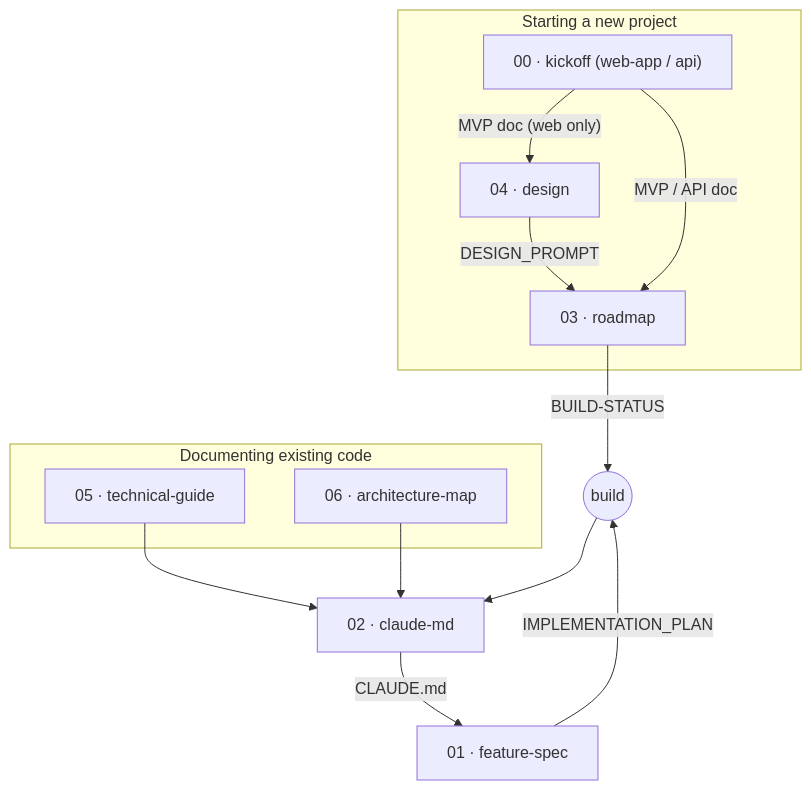
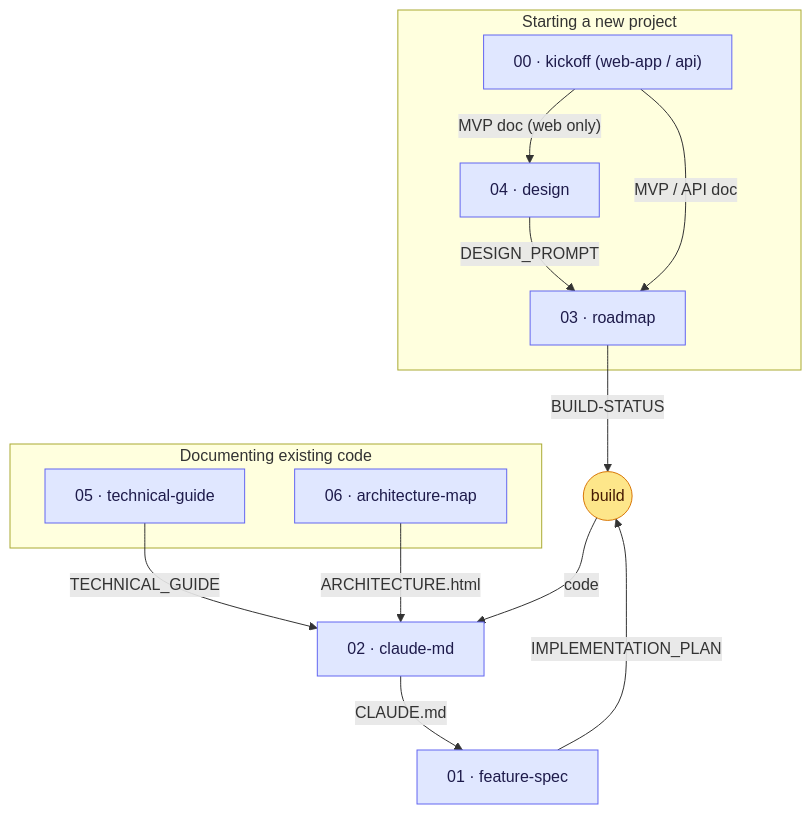
Before and after one commit to in43sh/app-prompts: the diagram in README.md, drawn with Mermaid.

Commit message:
Label all chaining-diagram edges and color nodes
Label the three bare convergence edges (code, TECHNICAL_GUIDE,
ARCHITECTURE.html) so every arrow names its handoff, and add classDef
styling to distinguish prompt nodes from the build action node.

````diff
--- a/README.md
+++ b/README.md
@@ -33,24 +33,29 @@
 ```mermaid
 flowchart TD
     subgraph new["Starting a new project"]
         K["00 · kickoff (web-app / api)"]
         D["04 · design"]
         R["03 · roadmap"]
         K -->|"MVP doc (web only)"| D
         K -->|"MVP / API doc"| R
         D -->|"DESIGN_PROMPT"| R
     end
 
     subgraph existing["Documenting existing code"]
         T["05 · technical-guide"]
         A["06 · architecture-map"]
     end
 
     R -->|"BUILD-STATUS"| B(("build"))
-    B --> C["02 · claude-md"]
-    T --> C
-    A --> C
+    B -->|"code"| C["02 · claude-md"]
+    T -->|"TECHNICAL_GUIDE"| C
+    A -->|"ARCHITECTURE.html"| C
 
     C -->|"CLAUDE.md"| F["01 · feature-spec"]
     F -->|"IMPLEMENTATION_PLAN"| B
+
+    classDef prompt fill:#e0e7ff,stroke:#6366f1,color:#1e1b4b;
+    classDef action fill:#fde68a,stroke:#d97706,color:#451a03;
+    class K,D,R,T,A,C,F prompt;
+    class B action;
 ```
````
